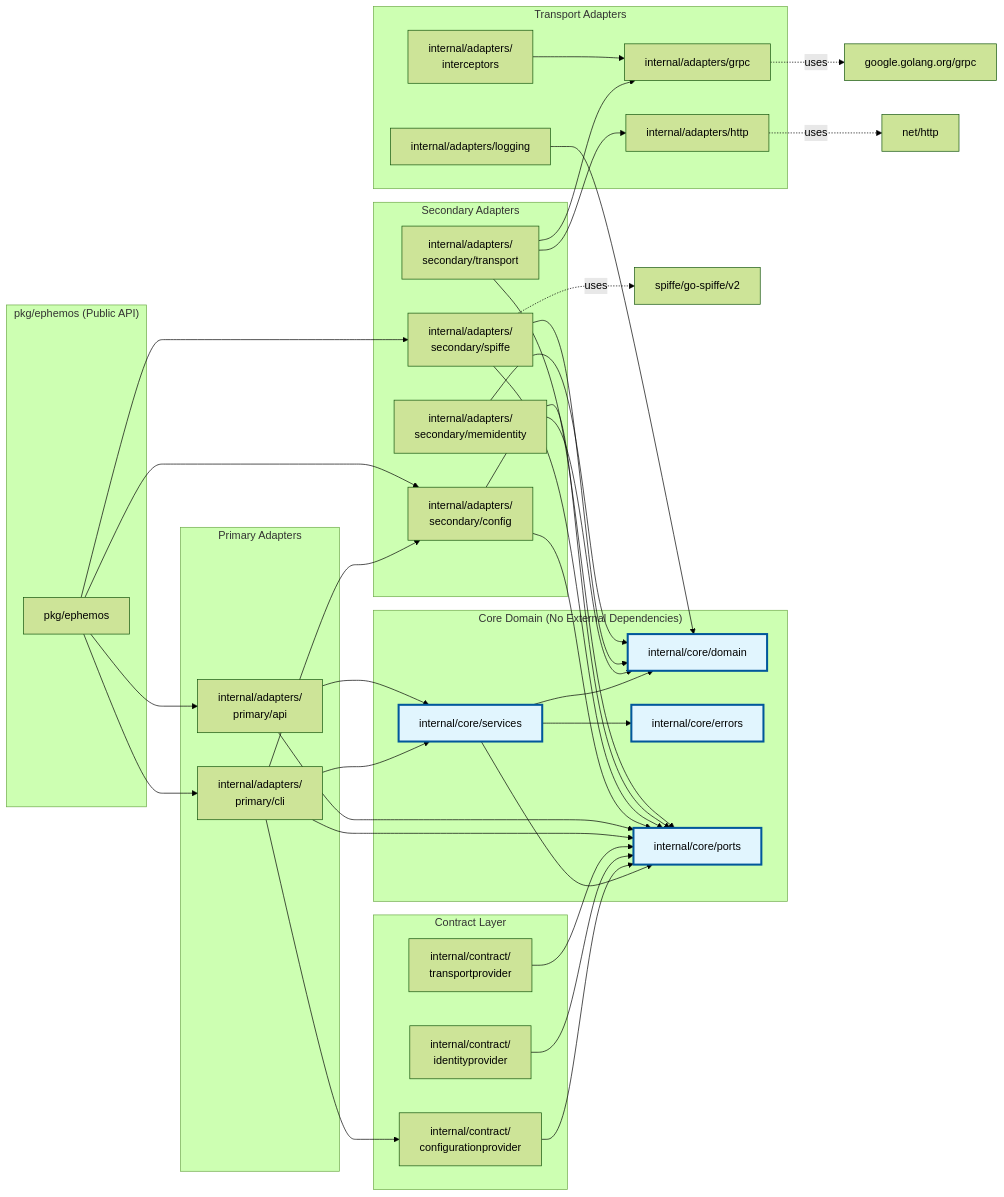
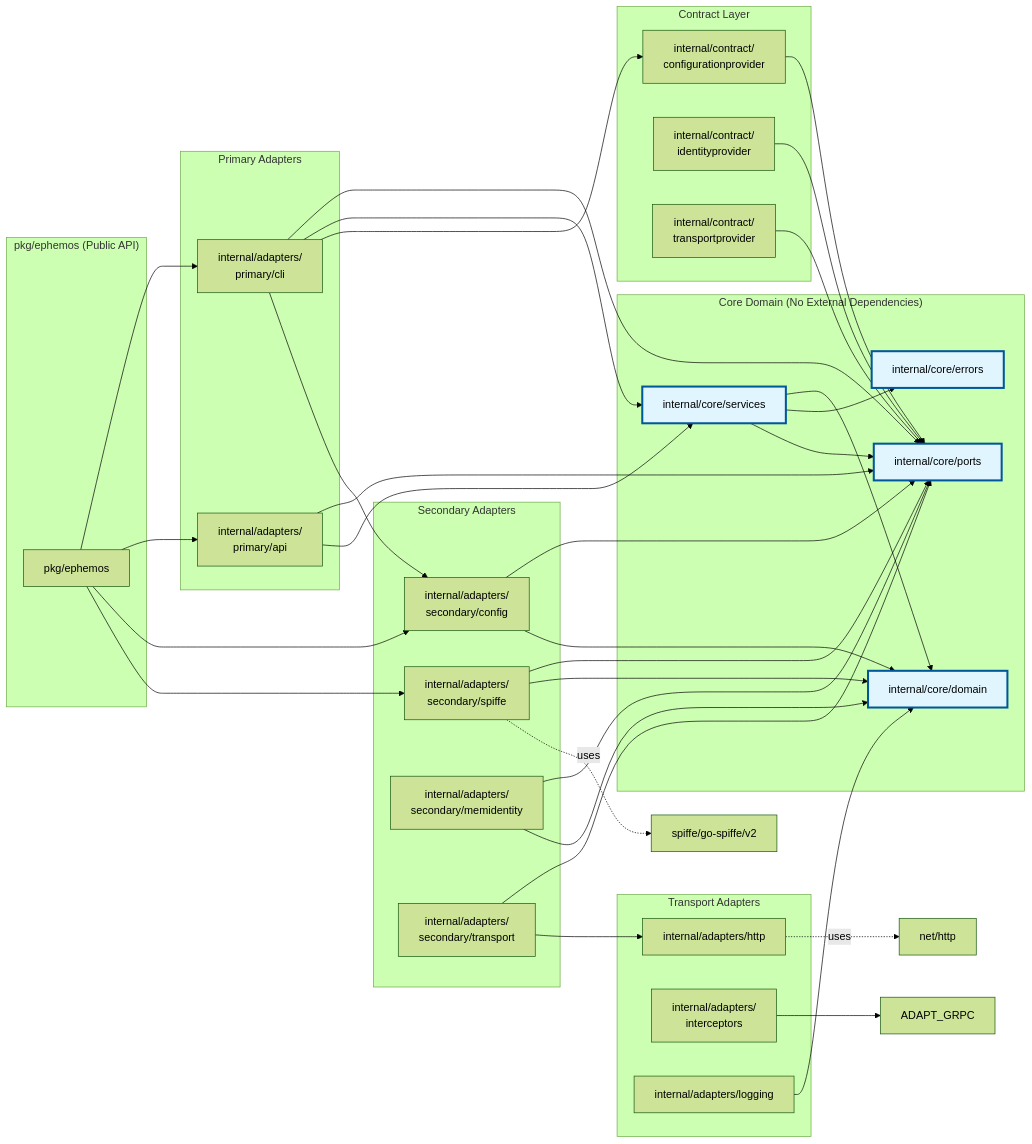
Before and after one commit to sufield/ephemos: the second of 6 diagrams in docs/development/ARCHITECTURE.md, drawn with Mermaid (forest theme). The commit also changed other lines of this file and 6 other files, not shown here.

```diff
--- a/docs/development/ARCHITECTURE.md
+++ b/docs/development/ARCHITECTURE.md
@@ -127,7 +123,6 @@
     end
     
     subgraph "Transport Adapters"
-        ADAPT_GRPC[internal/adapters/grpc]
         ADAPT_HTTP[internal/adapters/http]
         ADAPT_INTERCEPTORS[internal/adapters/<br/>interceptors]
         ADAPT_LOGGING[internal/adapters/logging]
@@ -164,11 +159,9 @@
     SEC_MEMIDENTITY --> CORE_DOMAIN
     
     SEC_TRANSPORT --> CORE_PORTS
-    SEC_TRANSPORT --> ADAPT_GRPC
     SEC_TRANSPORT --> ADAPT_HTTP
     
     %% Transport adapter dependencies
-    ADAPT_GRPC -.->|uses| GRPC_LIBS[google.golang.org/grpc]
     ADAPT_HTTP -.->|uses| HTTP_LIBS[net/http]
     ADAPT_INTERCEPTORS --> ADAPT_GRPC
     ADAPT_LOGGING --> CORE_DOMAIN
```
